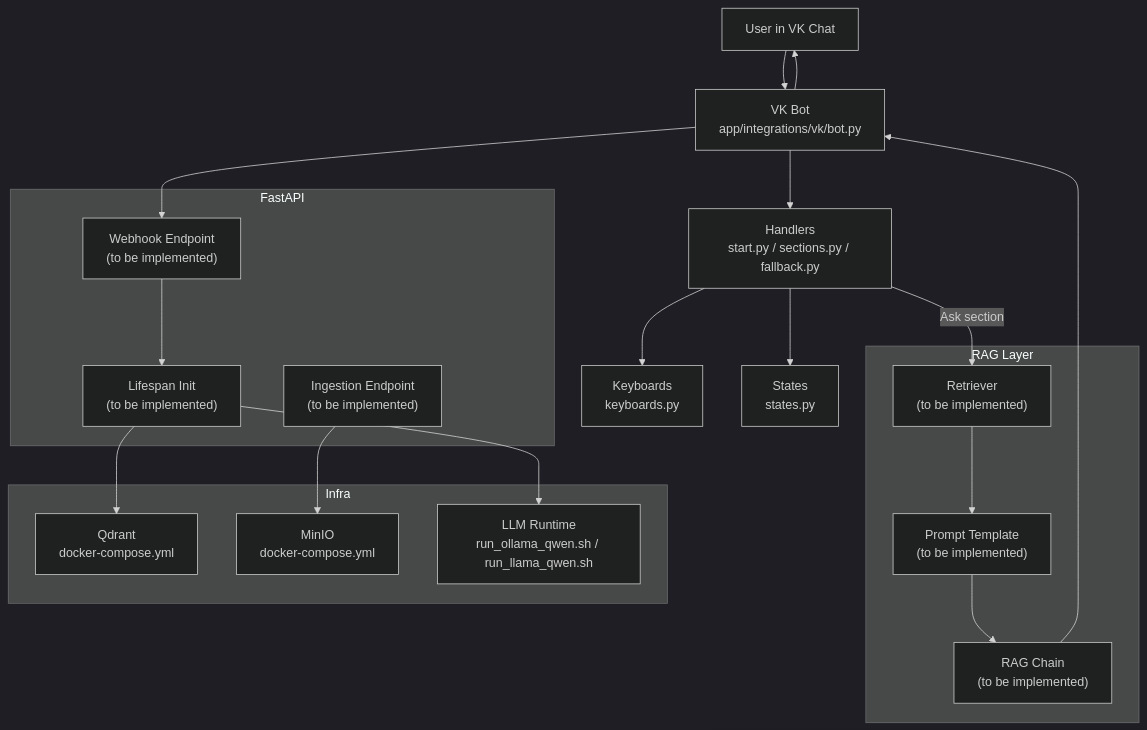
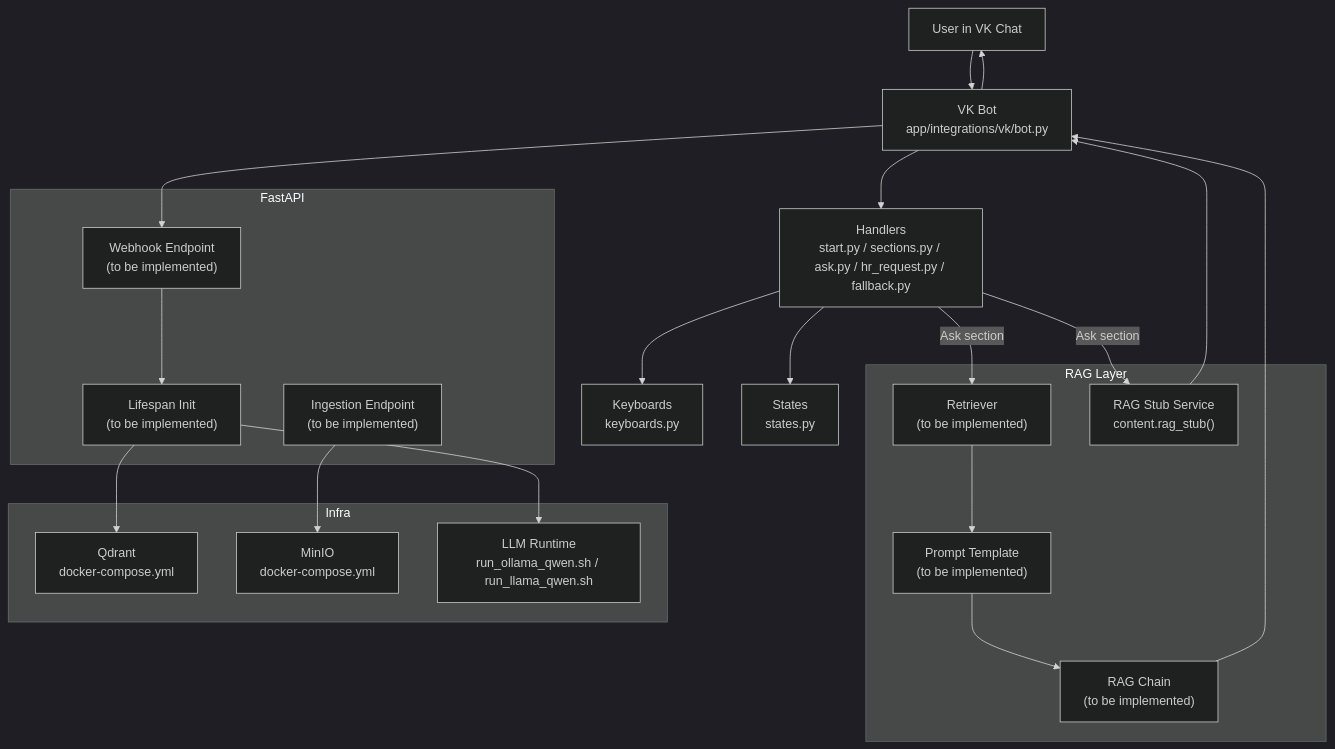
The second of 12 diagrams in .qoder/repowiki/en/content/RAG Integration.md (ognelis/cafetera_hr_bot), drawn with Mermaid (dark theme) before and after one commit. The commit also changed other lines of this file and 15 other files, not shown here.

````diff
--- a/.qoder/repowiki/en/content/RAG Integration.md
+++ b/.qoder/repowiki/en/content/RAG Integration.md
@@ -123,37 +148,40 @@
 ```mermaid
 graph TB
 User["User in VK Chat"]
 VK["VK Bot<br/>app/integrations/vk/bot.py"]
-Handlers["Handlers<br/>start.py / sections.py / fallback.py"]
+Handlers["Handlers<br/>start.py / sections.py / ask.py / hr_request.py / fallback.py"]
 KB["Keyboards<br/>keyboards.py"]
 States["States<br/>states.py"]
 subgraph "FastAPI"
 Lifespan["Lifespan Init<br/>(to be implemented)"]
 Webhook["Webhook Endpoint<br/>(to be implemented)"]
 Ingest["Ingestion Endpoint<br/>(to be implemented)"]
 end
 subgraph "RAG Layer"
 Retriever["Retriever<br/>(to be implemented)"]
 Prompt["Prompt Template<br/>(to be implemented)"]
 Chain["RAG Chain<br/>(to be implemented)"]
+Stub["RAG Stub Service<br/>content.rag_stub()"]
 end
 subgraph "Infra"
 Qdrant["Qdrant<br/>docker-compose.yml"]
 MinIO["MinIO<br/>docker-compose.yml"]
 LLM["LLM Runtime<br/>run_ollama_qwen.sh / run_llama_qwen.sh"]
 end
 User --> VK
 VK --> Handlers
 Handlers --> KB
 Handlers --> States
 VK --> Webhook
 Webhook --> Lifespan
 Ingest --> MinIO
 Lifespan --> Qdrant
 Lifespan --> LLM
 Handlers --> |Ask section| Retriever
+Handlers --> |Ask section| Stub
 Retriever --> Prompt
 Prompt --> Chain
 Chain --> VK
+Stub --> VK
 VK --> User
 ```
````
